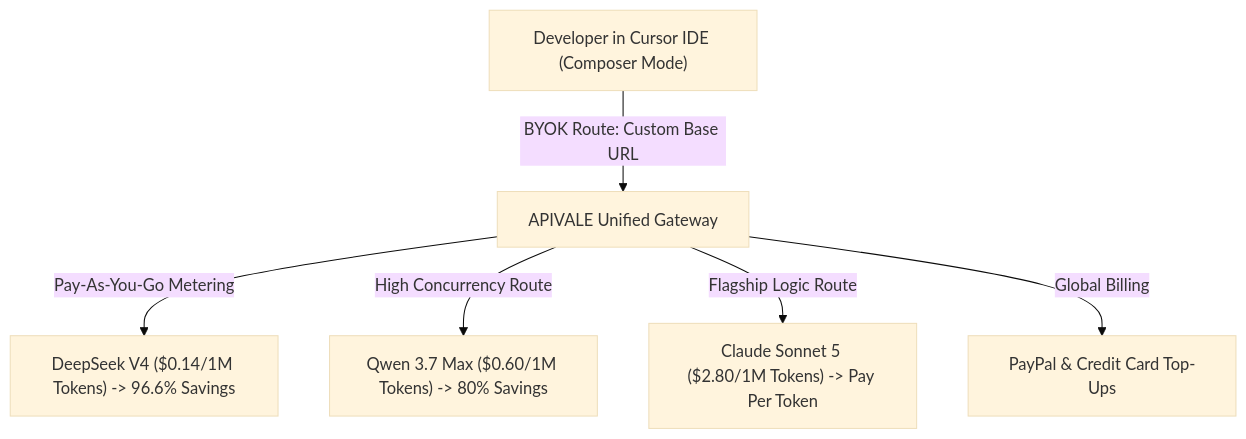
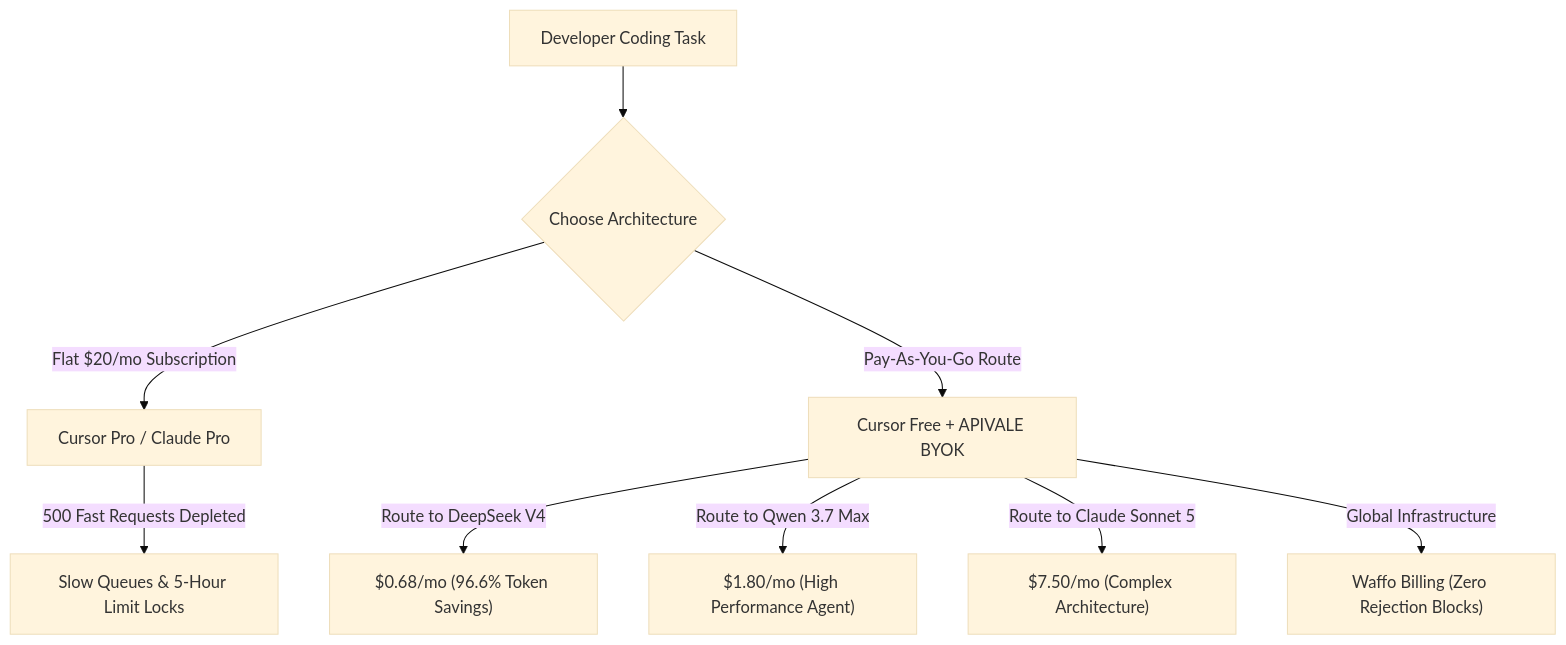
The diagram in src/content/blog/cursor-pro-vs-byok-cost-comparison.md (bshx2024/apivel_blog), drawn with Mermaid (base theme) before and after one commit. The commit also changed other lines of this file and 1 other file, not shown here.

Commit message:
seo: optimize cursor-pro-vs-byok for google autocomplete and cost comparison

````diff
--- a/src/content/blog/cursor-pro-vs-byok-cost-comparison.md
+++ b/src/content/blog/cursor-pro-vs-byok-cost-comparison.md
@@ -44,8 +53,11 @@
 ```mermaid
 graph TD
-    A["Developer in Cursor IDE (Composer Mode)"] -->|BYOK Route: Custom Base URL| B["APIVALE Unified Gateway"]
-    B -->|Pay-As-You-Go Metering| C["DeepSeek V4 ($0.14/1M Tokens) -> 96.6% Savings"]
-    B -->|High Concurrency Route| D["Qwen 3.7 Max ($0.60/1M Tokens) -> 80% Savings"]
-    B -->|Flagship Logic Route| E["Claude Sonnet 5 ($2.80/1M Tokens) -> Pay Per Token"]
-    B -->|Global Billing| F["PayPal & Credit Card Top-Ups"]
+    A["Developer Coding Task"] --> B{"Choose Architecture"}
+    B -->|Flat $20/mo Subscription| C["Cursor Pro / Claude Pro"]
+    C -->|500 Fast Requests Depleted| D["Slow Queues & 5-Hour Limit Locks"]
+    B -->|Pay-As-You-Go Route| E["Cursor Free + APIVALE BYOK"]
+    E -->|Route to DeepSeek V4| F["$0.68/mo (96.6% Token Savings)"]
+    E -->|Route to Qwen 3.7 Max| G["$1.80/mo (High Performance Agent)"]
+    E -->|Route to Claude Sonnet 5| H["$7.50/mo (Complex Architecture)"]
+    E -->|Global Infrastructure| I["Waffo Billing (Zero Rejection Blocks)"]
 ```
````
